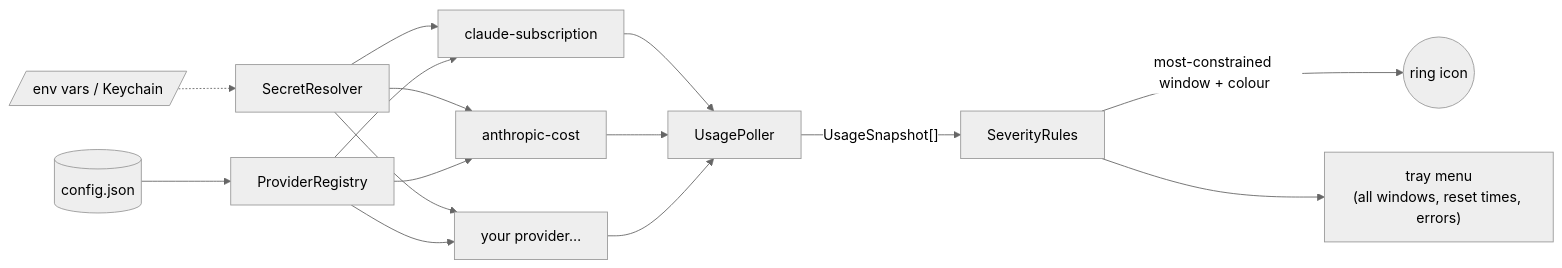
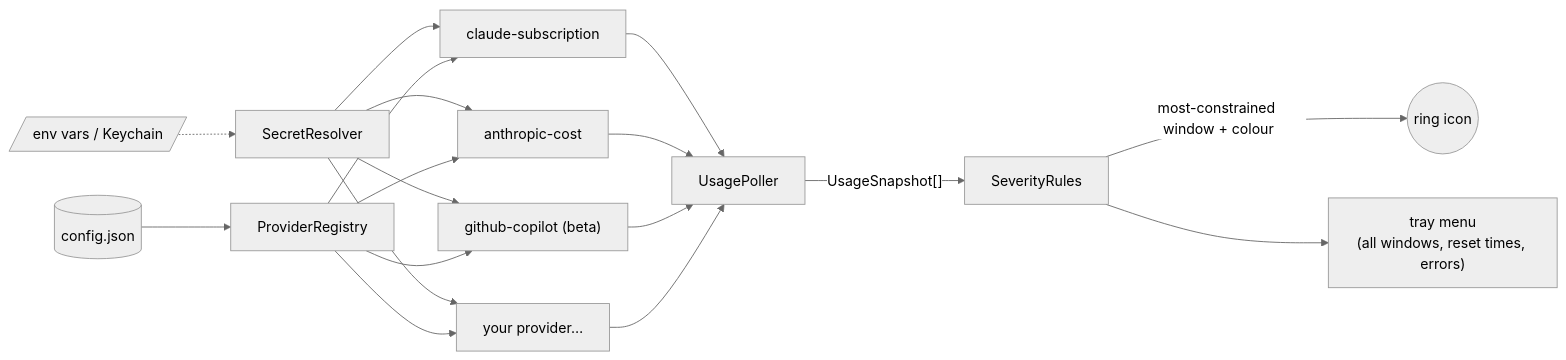
The diagram in docs/adding-a-provider.md (barracoder/quota-tray), drawn with Mermaid (neutral theme) before and after one commit. The commit also changed other lines of this file and 17 other files, not shown here.

First line of the commit message:
GitHub Copilot provider (beta) in its own project; beta flag in the core contract

````diff
--- a/docs/adding-a-provider.md
+++ b/docs/adding-a-provider.md
@@ -7,11 +7,11 @@
 ```mermaid
 flowchart LR
     cfg[("config.json")] --> reg[ProviderRegistry]
     env[/"env vars / Keychain"/] -.-> sec[SecretResolver]
-    sec --> p1 & p2 & pn
-    reg --> p1["claude-subscription"] & p2["anthropic-cost"] & pn["your provider…"]
-    p1 & p2 & pn --> poll[UsagePoller]
+    sec --> p1 & p2 & p3 & pn
+    reg --> p1["claude-subscription"] & p2["anthropic-cost"] & p3["github-copilot (beta)"] & pn["your provider…"]
+    p1 & p2 & p3 & pn --> poll[UsagePoller]
     poll -->|"UsageSnapshot[]"| sev[SeverityRules]
     sev -->|"most-constrained window + colour"| icon(("ring icon"))
     sev --> menu["tray menu\n(all windows, reset times, errors)"]
 ```
````
